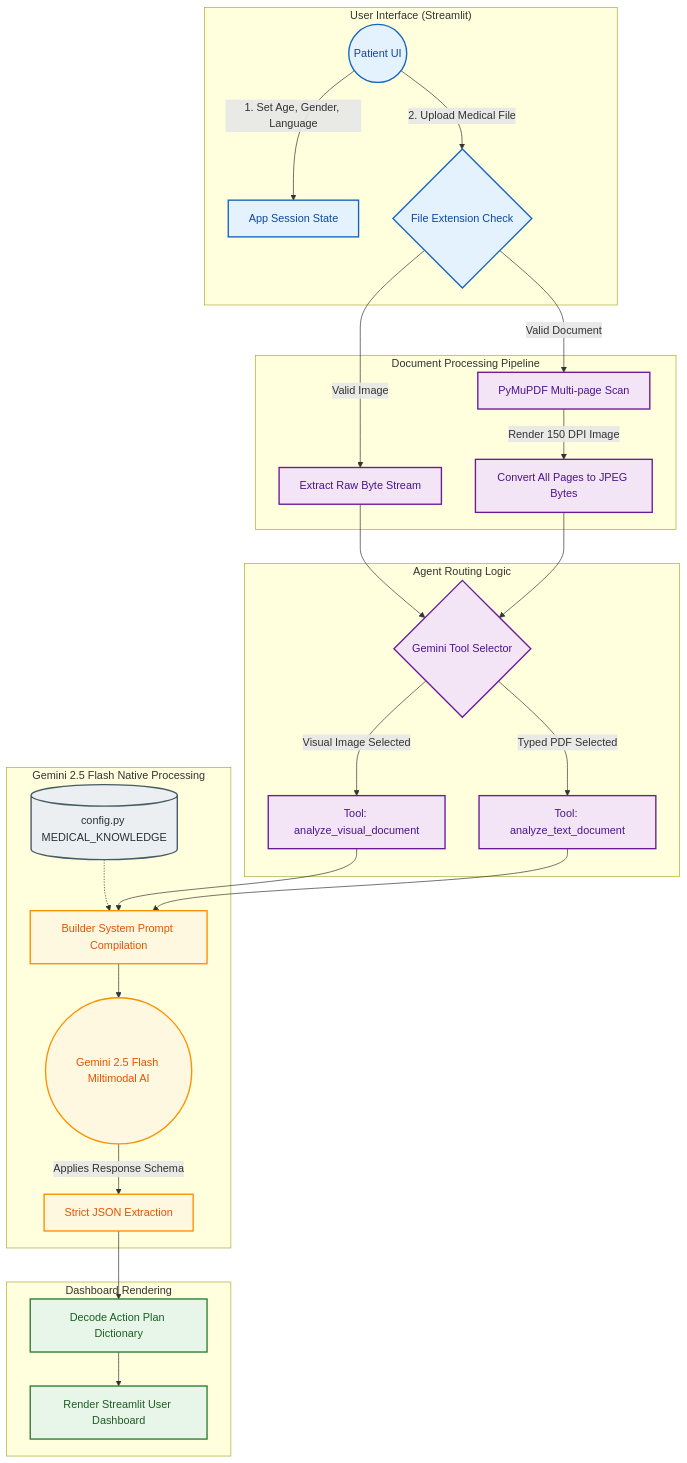
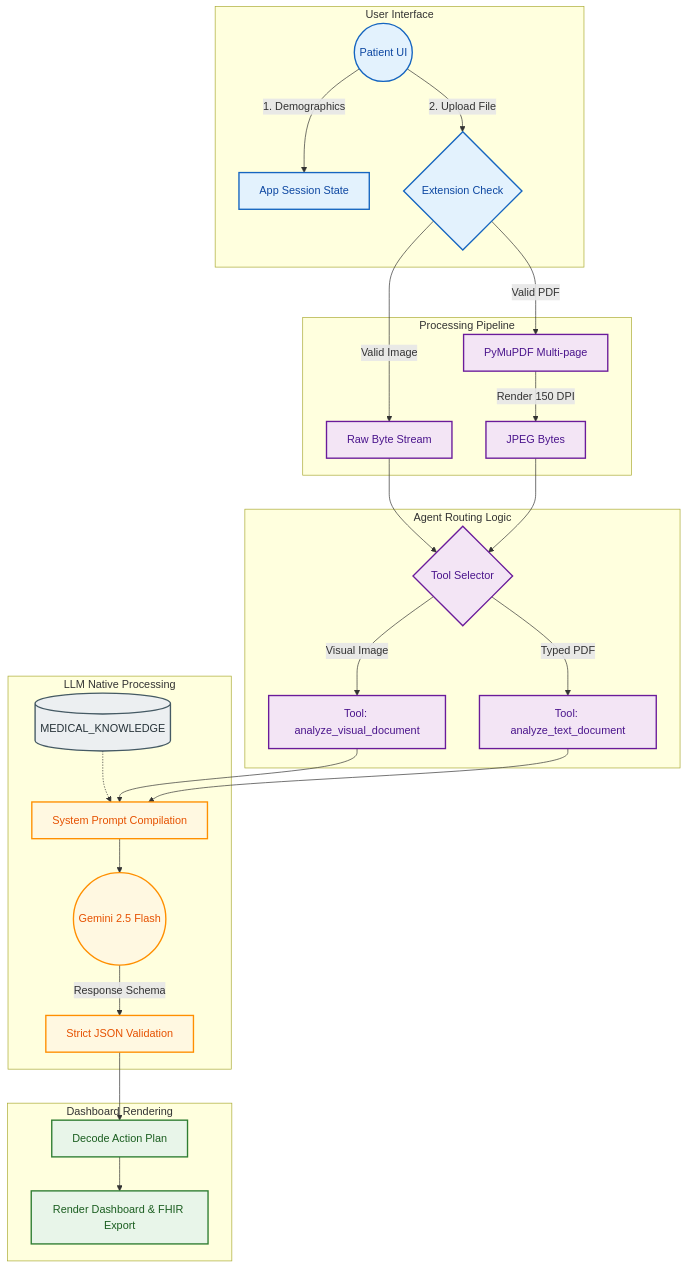
One commit to hemanth1139/Ai-medical-analayzer changed the diagram in README.md. Above: the diagram before and after it, drawn with Mermaid. The commit also changed other lines of this file, not shown here.

````diff
--- a/README.md
+++ b/README.md
@@ -38,40 +51,39 @@
 ```mermaid
 flowchart TD
-    %% Styling Classes
     classDef inputNode fill:#E3F2FD,stroke:#1565C0,stroke-width:2px,color:#0D47A1
     classDef processNode fill:#F3E5F5,stroke:#6A1B9A,stroke-width:2px,color:#4A148C
     classDef aiNode fill:#FFF8E1,stroke:#FF8F00,stroke-width:2px,color:#E65100
     classDef outputNode fill:#E8F5E9,stroke:#2E7D32,stroke-width:2px,color:#1B5E20
     classDef databaseNode fill:#ECEFF1,stroke:#455A64,stroke-width:2px,color:#263238
 
-    subgraph Input ["User Interface (Streamlit)"]
-        A((Patient UI)):::inputNode -->|1. Set Age, Gender, Language| B[App Session State]:::inputNode
-        A -->|2. Upload Medical File| C{File Extension Check}:::inputNode
+    subgraph Input ["User Interface"]
+        A((Patient UI)):::inputNode -->|1. Demographics| B[App Session State]:::inputNode
+        A -->|2. Upload File| C{Extension Check}:::inputNode
     end
 
-    subgraph Extraction ["Document Processing Pipeline"]
-        C -->|Valid Image| D[Extract Raw Byte Stream]:::processNode
-        C -->|Valid Document| E[PyMuPDF Multi-page Scan]:::processNode
-        E -->|Render 150 DPI Image| F[Convert All Pages to JPEG Bytes]:::processNode
+    subgraph Extraction ["Processing Pipeline"]
+        C -->|Valid Image| D[Raw Byte Stream]:::processNode
+        C -->|Valid PDF| E[PyMuPDF Multi-page]:::processNode
+        E -->|Render 150 DPI| F[JPEG Bytes]:::processNode
     end
 
     subgraph Routing ["Agent Routing Logic"]
-        D --> G{Gemini Tool Selector}:::processNode
+        D --> G{Tool Selector}:::processNode
         F --> G
-        G -->|Visual Image Selected| H[Tool: analyze_visual_document]:::processNode
-        G -->|Typed PDF Selected| I[Tool: analyze_text_document]:::processNode
+        G -->|Visual Image| H[Tool: analyze_visual_document]:::processNode
+        G -->|Typed PDF| I[Tool: analyze_text_document]:::processNode
     end
 
-    subgraph Agent ["Gemini 2.5 Flash Native Processing"]
-        J[(config.py MEDICAL_KNOWLEDGE)]:::databaseNode -.-> K
-        H --> K[Builder System Prompt Compilation]:::aiNode
+    subgraph Agent ["LLM Native Processing"]
+        J[(MEDICAL_KNOWLEDGE)]:::databaseNode -.-> K
+        H --> K[System Prompt Compilation]:::aiNode
         I --> K
-        K --> L((Gemini 2.5 Flash Miltimodal AI)):::aiNode
-        L -->|Applies Response Schema| M[Strict JSON Extraction]:::aiNode
+        K --> L((Gemini 2.5 Flash)):::aiNode
+        L -->|Response Schema| M[Strict JSON Validation]:::aiNode
     end
 
     subgraph Output ["Dashboard Rendering"]
-        M --> P[Decode Action Plan Dictionary]:::outputNode
-        P --> Final[Render Streamlit User Dashboard]:::outputNode
+        M --> P[Decode Action Plan]:::outputNode
+        P --> Final[Render Dashboard & FHIR Export]:::outputNode
     end
 ```
````
